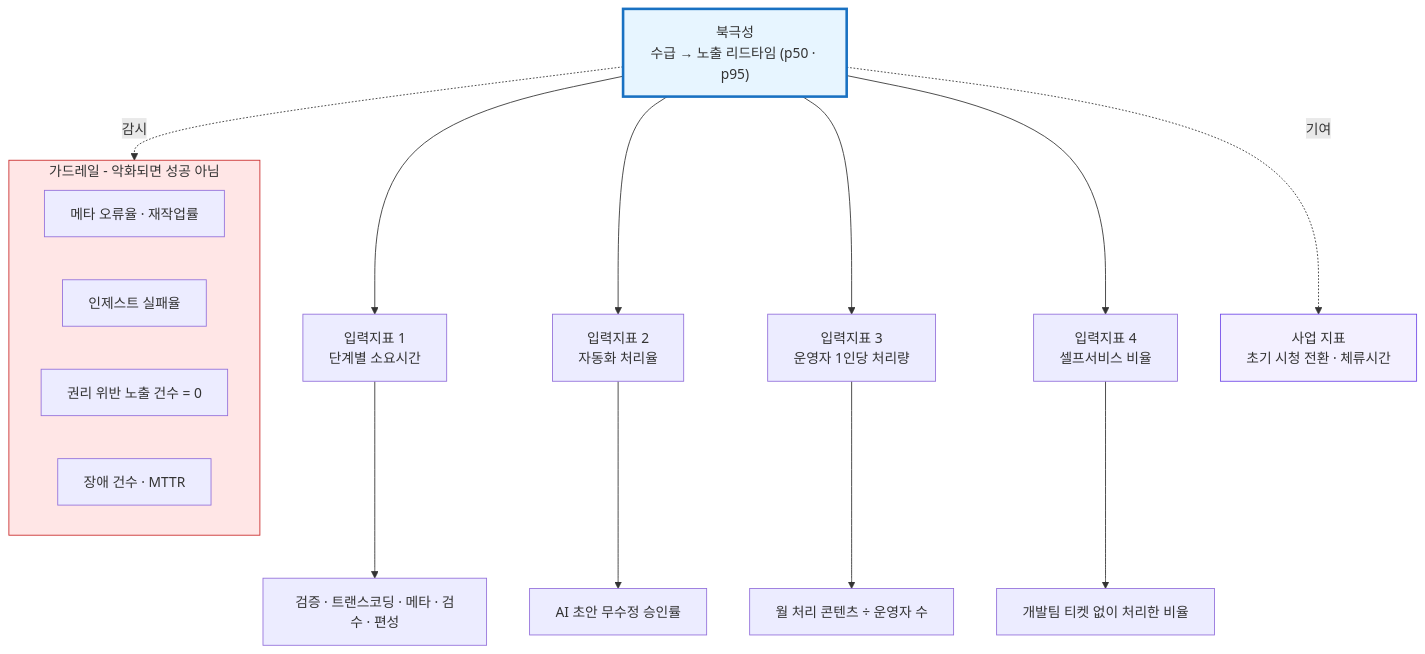
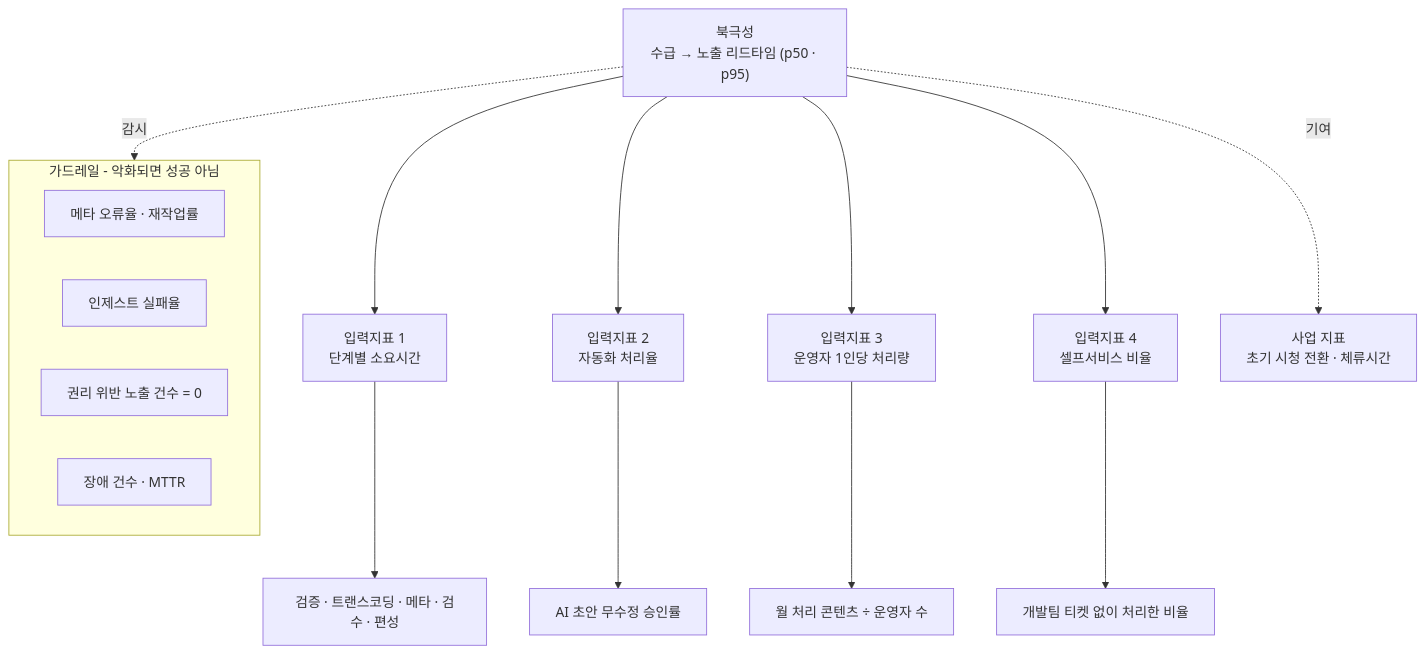
One commit to withwooyong/withwooyong.github.io changed diagram 20 of 20 in pages/product-lead-loadmap/01_CMS.md. Above: the diagram before and after it, drawn with Mermaid. The commit also changed other lines of this file and 16 other files, not shown here.

````diff
--- a/pages/product-lead-loadmap/01_CMS.md
+++ b/pages/product-lead-loadmap/01_CMS.md
@@ -1209,29 +1213,25 @@
 ```mermaid
 flowchart TD
     NS["북극성<br/>수급 → 노출 리드타임 (p50 · p95)"]
 
     NS --> IN1["입력지표 1<br/>단계별 소요시간"]
     NS --> IN2["입력지표 2<br/>자동화 처리율"]
     NS --> IN3["입력지표 3<br/>운영자 1인당 처리량"]
     NS --> IN4["입력지표 4<br/>셀프서비스 비율"]
 
     IN1 --> L1["검증 · 트랜스코딩 · 메타 · 검수 · 편성"]
     IN2 --> L2["AI 초안 무수정 승인률"]
     IN3 --> L3["월 처리 콘텐츠 ÷ 운영자 수"]
     IN4 --> L4["개발팀 티켓 없이 처리한 비율"]
 
     NS -.기여.-> BIZ["사업 지표<br/>초기 시청 전환 · 체류시간"]
 
     subgraph GR["가드레일 - 악화되면 성공 아님"]
         G1["메타 오류율 · 재작업률"]
         G2["인제스트 실패율"]
         G3["권리 위반 노출 건수 = 0"]
         G4["장애 건수 · MTTR"]
     end
 
     NS -.감시.-> GR
-
-    style NS fill:#e7f5ff,stroke:#1971c2,stroke-width:3px
-    style GR fill:#ffe6e6,stroke:#c92a2a
-    style BIZ fill:#f3f0ff,stroke:#7048e8
 ```
````
